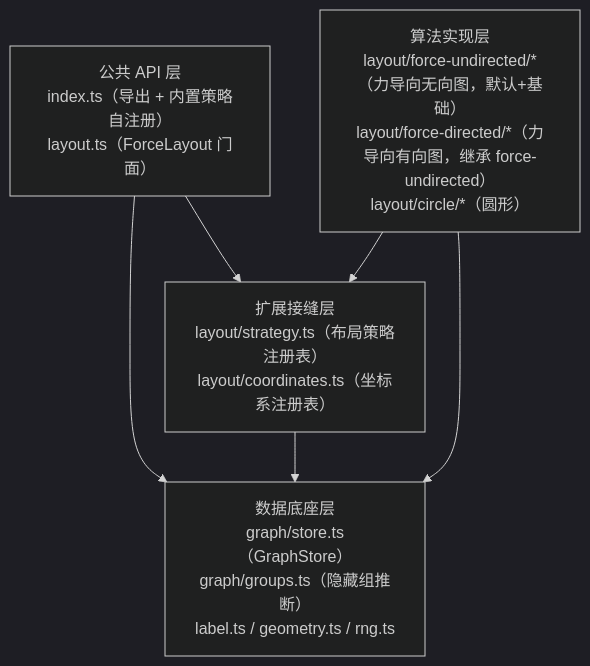
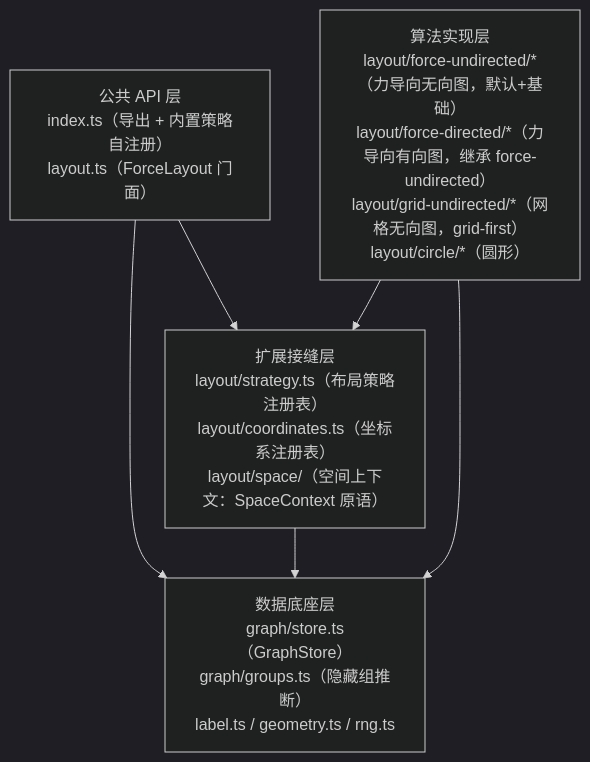
One commit to jiangjianbo/fishgraph changed the first of 2 diagrams in doc/architecture.md. Above: the diagram before and after it, drawn with Mermaid (dark theme). The commit also changed other lines of this file and 5 other files, not shown here.

Commit message:
补齐算法文档同步：grid-undirected 设计说明、架构文档与蓝本实现状态

````diff
--- a/doc/architecture.md
+++ b/doc/architecture.md
@@ -21,13 +21,13 @@
 ```mermaid
 graph TD
     API["公共 API 层<br/>index.ts（导出 + 内置策略自注册）<br/>layout.ts（ForceLayout 门面）"]
-    SEAM["扩展接缝层<br/>layout/strategy.ts（布局策略注册表）<br/>layout/coordinates.ts（坐标系注册表）"]
+    SEAM["扩展接缝层<br/>layout/strategy.ts（布局策略注册表）<br/>layout/coordinates.ts（坐标系注册表）<br/>layout/space/（空间上下文：SpaceContext 原语）"]
     BASE["数据底座层<br/>graph/store.ts（GraphStore）<br/>graph/groups.ts（隐藏组推断）<br/>label.ts / geometry.ts / rng.ts"]
-    ALGO["算法实现层<br/>layout/force-undirected/*（力导向无向图，默认+基础）<br/>layout/force-directed/*（力导向有向图，继承 force-undirected）<br/>layout/circle/*（圆形）"]
+    ALGO["算法实现层<br/>layout/force-undirected/*（力导向无向图，默认+基础）<br/>layout/force-directed/*（力导向有向图，继承 force-undirected）<br/>layout/grid-undirected/*（网格无向图，grid-first）<br/>layout/circle/*（圆形）"]
 
     API --> SEAM
     API --> BASE
     SEAM --> BASE
     ALGO --> SEAM
     ALGO --> BASE
 ```
````
